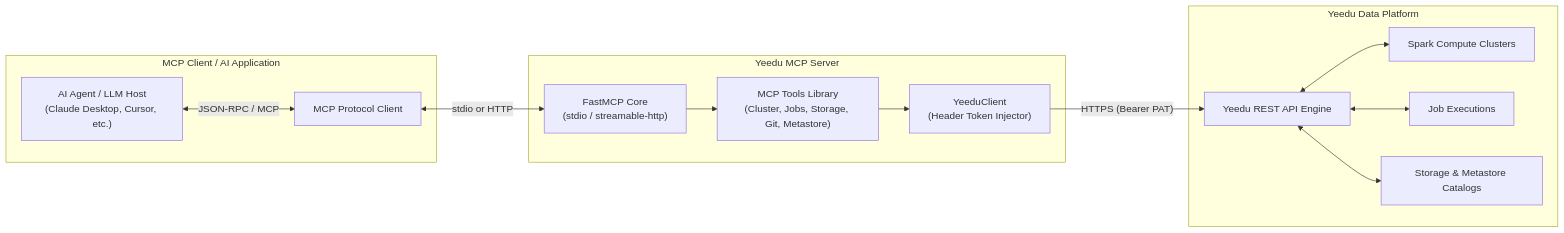
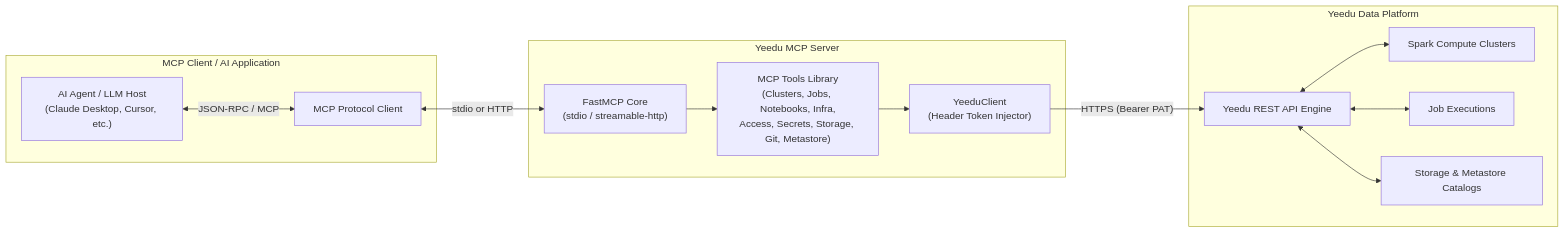
Before and after one commit to yeedu-io/yeedu-mcp-server: the diagram in README.md, drawn with Mermaid. The commit also changed other lines of this file and 3 other files, not shown here.

````diff
--- a/README.md
+++ b/README.md
@@ -11,30 +11,30 @@
 ```mermaid
 graph LR
     subgraph Host["MCP Client / AI Application"]
         Agent["AI Agent / LLM Host<br/>(Claude Desktop, Cursor, etc.)"]
         MCPClient["MCP Protocol Client"]
     end
 
     subgraph Server["Yeedu MCP Server"]
         FastMCP["FastMCP Core<br/>(stdio / streamable-http)"]
         Auth["YeeduClient<br/>(Header Token Injector)"]
-        Tools["MCP Tools Library<br/>(Cluster, Jobs, Storage, Git, Metastore)"]
+        Tools["MCP Tools Library<br/>(Clusters, Jobs, Notebooks, Infra,<br/>Access, Secrets, Storage, Git, Metastore)"]
     end
 
     subgraph Platform["Yeedu Data Platform"]
         API["Yeedu REST API Engine"]
         Clusters["Spark Compute Clusters"]
         Jobs["Job Executions"]
         Storage["Storage & Metastore Catalogs"]
     end
 
     Agent <-->|"JSON-RPC / MCP"| MCPClient
     MCPClient <-->|"stdio or HTTP"| FastMCP
     FastMCP --> Tools
     Tools --> Auth
     Auth -->|"HTTPS (Bearer PAT)"| API
 
     API <--> Clusters
     API <--> Jobs
     API <--> Storage
 ```
````
